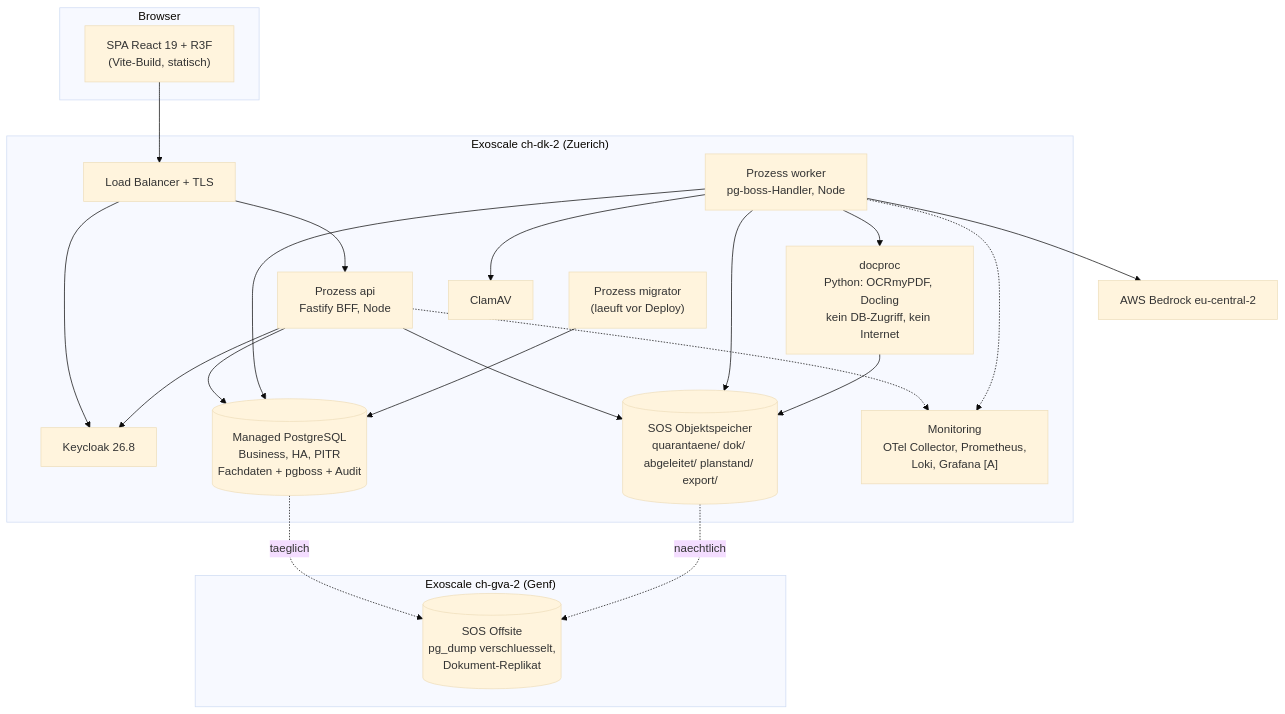
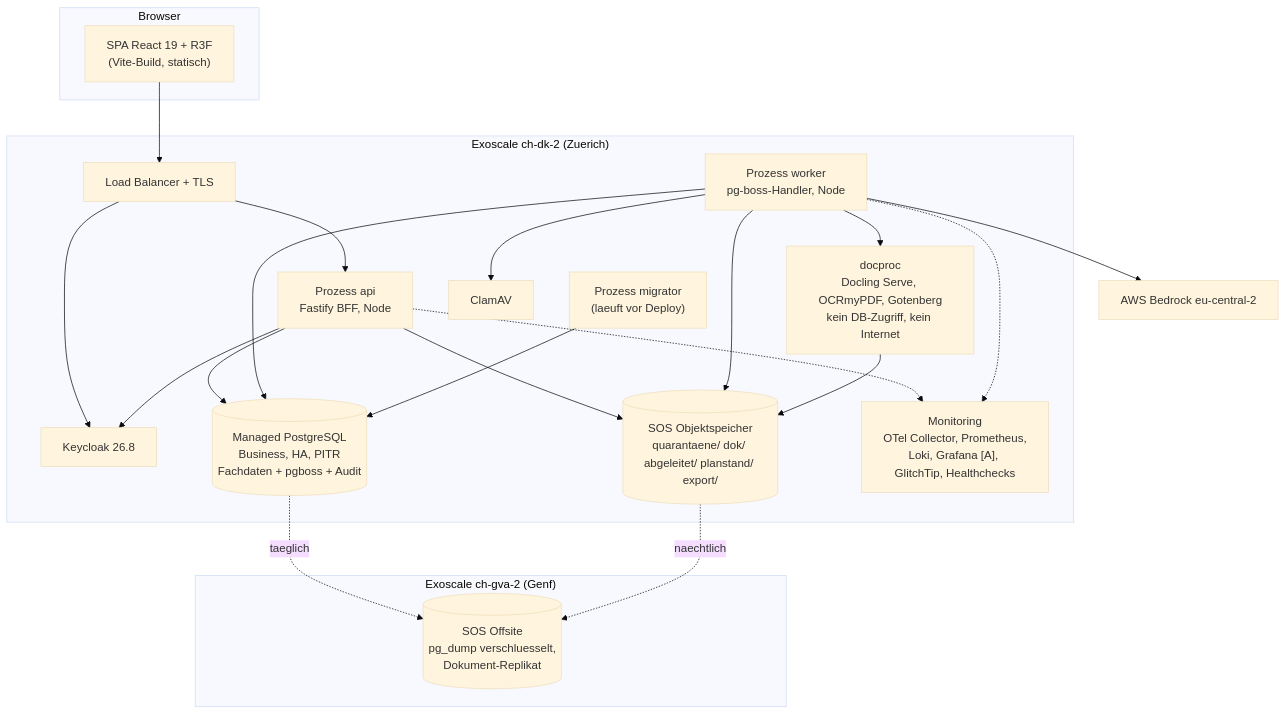
The second of 6 diagrams in docs/architektur/03-architektur.md (mattarge04-gif/Planora), drawn with Mermaid (base theme) before and after one commit. The commit also changed other lines of this file and 11 other files, not shown here.

````diff
--- a/docs/architektur/03-architektur.md
+++ b/docs/architektur/03-architektur.md
@@ -63,38 +64,38 @@
 ```mermaid
 flowchart TB
   subgraph browser["Browser"]
     spa["SPA React 19 + R3F<br/>(Vite-Build, statisch)"]
   end
   subgraph exo["Exoscale ch-dk-2 (Zuerich)"]
     lb["Load Balancer + TLS"]
     api["Prozess api<br/>Fastify BFF, Node"]
     wrk["Prozess worker<br/>pg-boss-Handler, Node"]
     mig["Prozess migrator<br/>(laeuft vor Deploy)"]
-    doc["docproc<br/>Python: OCRmyPDF, Docling<br/>kein DB-Zugriff, kein Internet"]
+    doc["docproc<br/>Docling Serve, OCRmyPDF, Gotenberg<br/>kein DB-Zugriff, kein Internet"]
     av["ClamAV"]
     kc["Keycloak 26.8"]
     pg[("Managed PostgreSQL<br/>Business, HA, PITR<br/>Fachdaten + pgboss + Audit")]
     sos[("SOS Objektspeicher<br/>quarantaene/ dok/ abgeleitet/ planstand/ export/")]
-    mon["Monitoring<br/>OTel Collector, Prometheus,<br/>Loki, Grafana [A]"]
+    mon["Monitoring<br/>OTel Collector, Prometheus,<br/>Loki, Grafana [A], GlitchTip, Healthchecks"]
   end
   subgraph gva["Exoscale ch-gva-2 (Genf)"]
     off[("SOS Offsite<br/>pg_dump verschluesselt,<br/>Dokument-Replikat")]
   end
   bedrock["AWS Bedrock eu-central-2"]
   spa --> lb --> api
   lb --> kc
   api --> pg
   api --> sos
   api --> kc
   wrk --> pg
   wrk --> sos
   wrk --> doc
   wrk --> av
   wrk --> bedrock
   doc --> sos
   mig --> pg
   api -.-> mon
   wrk -.-> mon
   pg -. "taeglich" .-> off
   sos -. "naechtlich" .-> off
 ```
````
